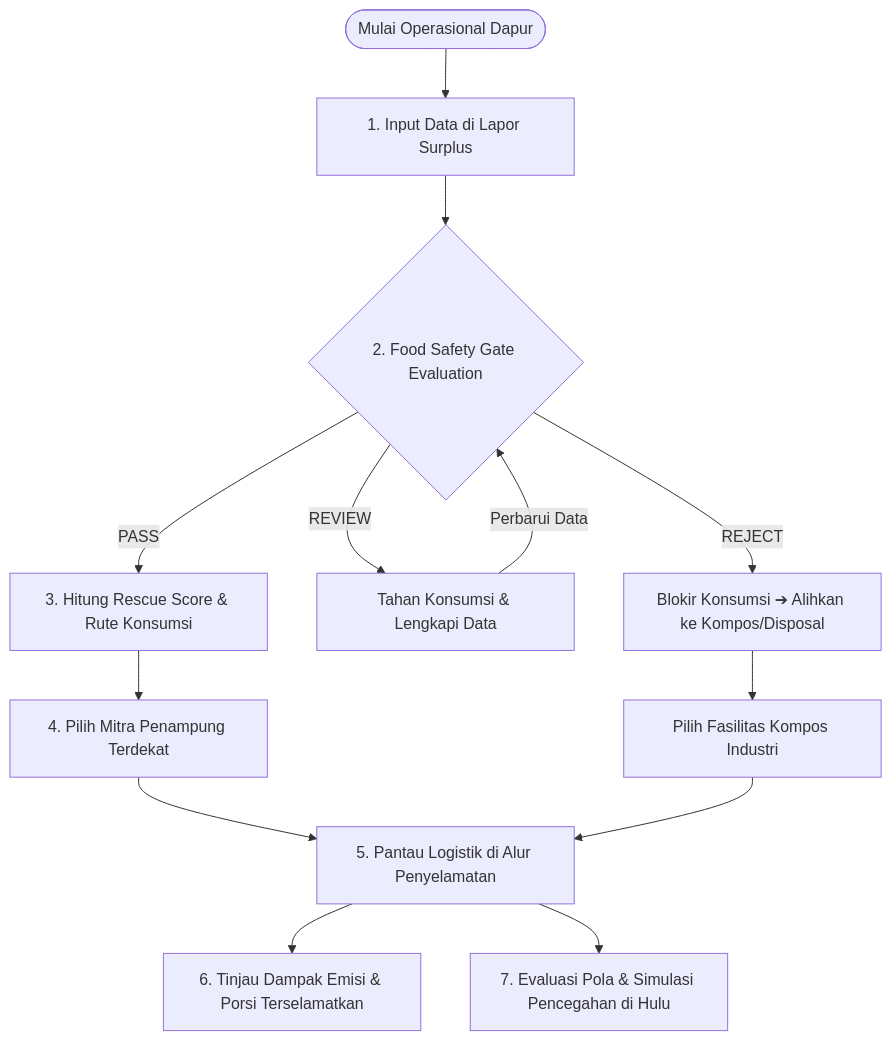
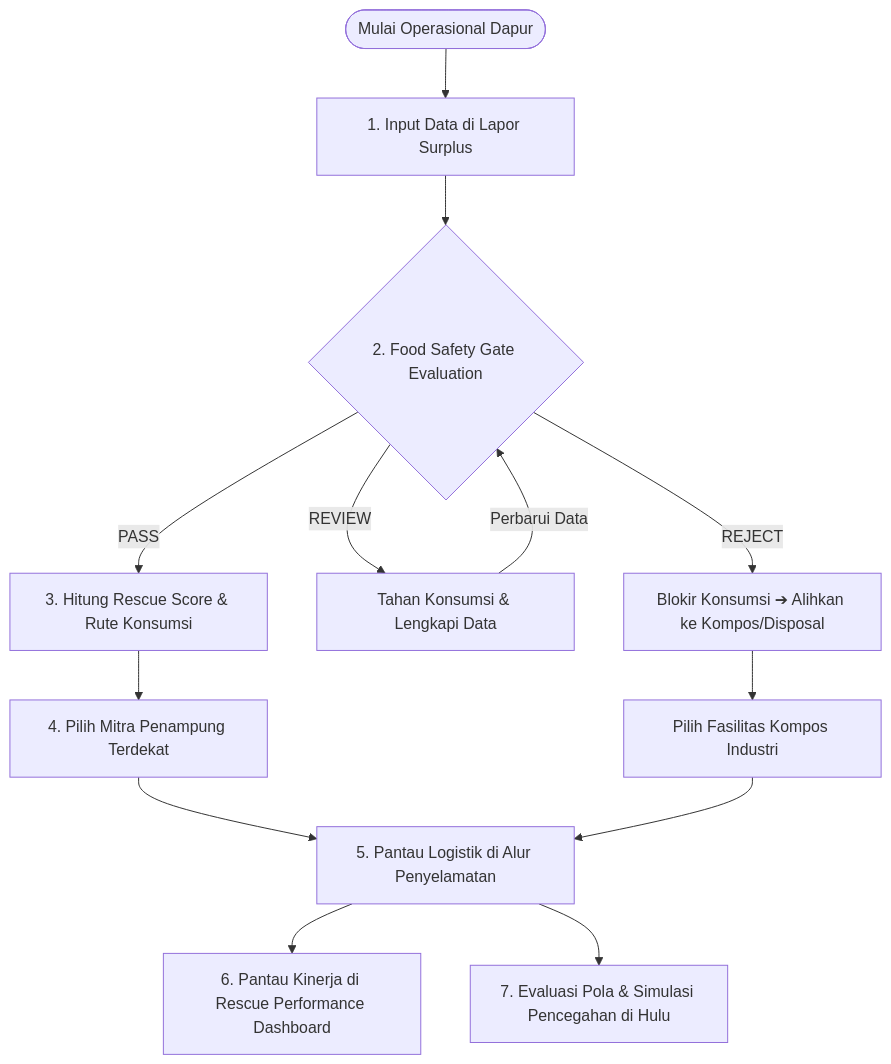
Before and after one commit to rohmatulloh-pixel/frontend-replate: the diagram in README.md, drawn with Mermaid. The commit also changed other lines of this file and 9 other files, not shown here.

Commit message:
feat(performance): implement Rescue Performance dashboard with verified supply-chain analytics

````diff
--- a/README.md
+++ b/README.md
@@ -115,15 +124,15 @@
 ```mermaid
 flowchart TD
     Start([Mulai Operasional Dapur]) --> Report[1. Input Data di Lapor Surplus]
     Report --> Gate{2. Food Safety Gate Evaluation}
     Gate -->|PASS| Score[3. Hitung Rescue Score & Rute Konsumsi]
     Gate -->|REVIEW| EditHold[Tahan Konsumsi & Lengkapi Data]
     Gate -->|REJECT| AltRoute[Blokir Konsumsi ➔ Alihkan ke Kompos/Disposal]
     EditHold -->|Perbarui Data| Gate
     Score --> PickPartner[4. Pilih Mitra Penampung Terdekat]
     AltRoute --> PickCompost[Pilih Fasilitas Kompos Industri]
     PickPartner --> Journey[5. Pantau Logistik di Alur Penyelamatan]
     PickCompost --> Journey
-    Journey --> Impact[6. Tinjau Dampak Emisi & Porsi Terselamatkan]
+    Journey --> Perf[6. Pantau Kinerja di Rescue Performance Dashboard]
     Journey --> Insights[7. Evaluasi Pola & Simulasi Pencegahan di Hulu]
 ```
````
